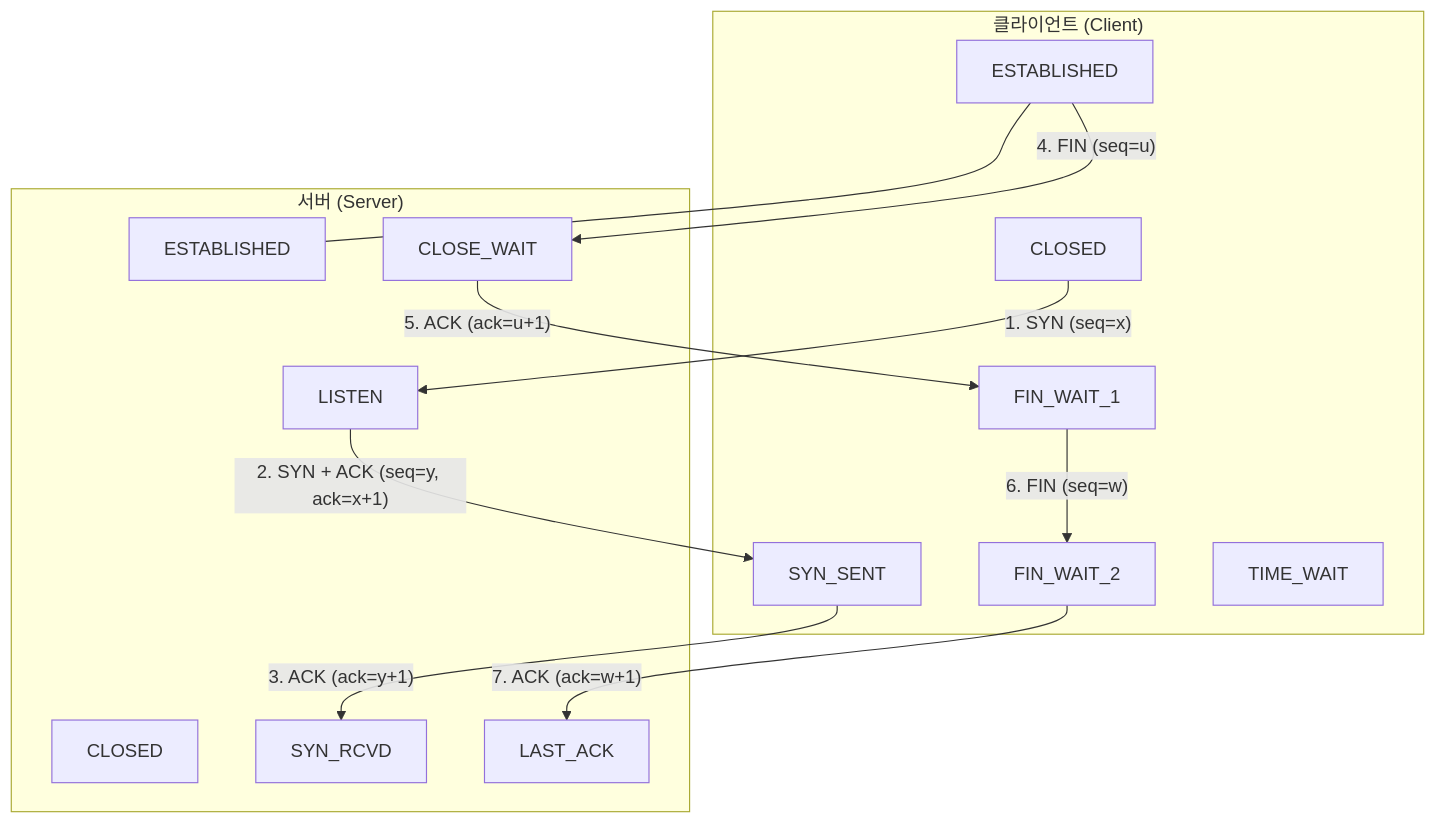
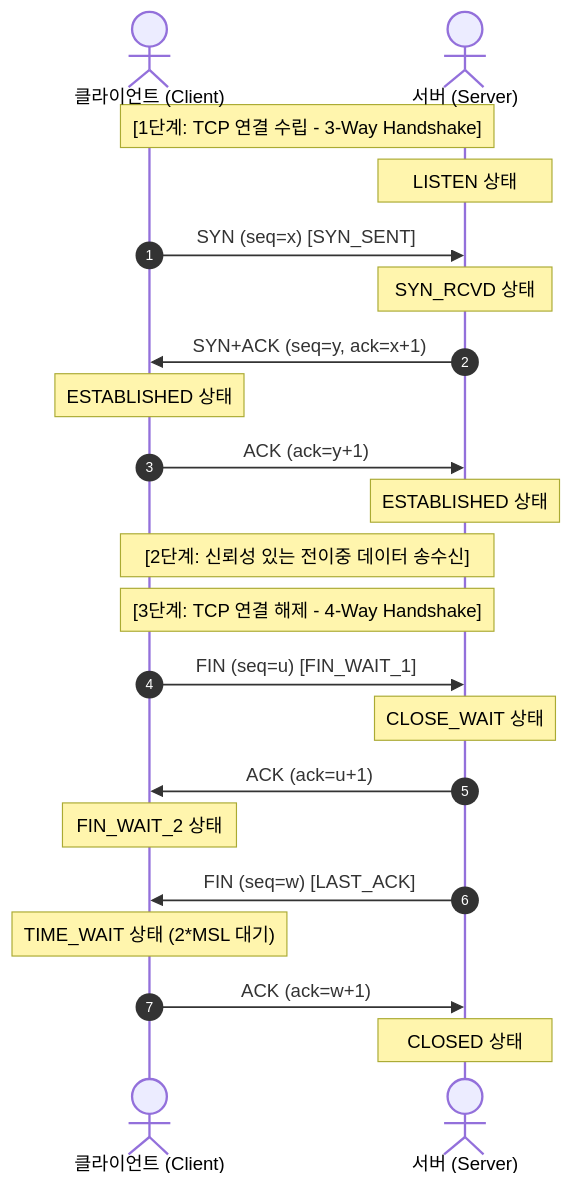
Before and after one commit to supremethumb/supremethumb.github.io: the diagram in content/01_IT Tech/TCP 연결의 설정 및 해제.md, drawn with Mermaid. The commit also changed other lines of this file and 362 other files, not shown here.

````diff
--- a/content/01_IT Tech/TCP 연결의 설정 및 해제.md
+++ b/content/01_IT Tech/TCP 연결의 설정 및 해제.md
@@ -23,33 +32,27 @@
 ```mermaid
-flowchart TB
-    subgraph Client["클라이언트 (Client)"]
-        C_CLOSED["CLOSED"]
-        C_SYN["SYN_SENT"]
-        C_EST["ESTABLISHED"]
-        C_FIN1["FIN_WAIT_1"]
-        C_FIN2["FIN_WAIT_2"]
-        C_TIME["TIME_WAIT"]
-    end
+sequenceDiagram
+    autonumber
+    actor Client as 클라이언트 (Client)
+    actor Server as 서버 (Server)
 
-    subgraph Server["서버 (Server)"]
-        S_CLOSED["CLOSED"]
-        S_LISTEN["LISTEN"]
-        S_RCVD["SYN_RCVD"]
-        S_EST["ESTABLISHED"]
-        S_WAIT["CLOSE_WAIT"]
-        S_LAST["LAST_ACK"]
-    end
+    Note over Client,Server: [1단계: TCP 연결 수립 - 3-Way Handshake]
+    Note over Server: LISTEN 상태
+    Client->>Server: SYN (seq=x) [SYN_SENT]
+    Note over Server: SYN_RCVD 상태
+    Server->>Client: SYN+ACK (seq=y, ack=x+1)
+    Note over Client: ESTABLISHED 상태
+    Client->>Server: ACK (ack=y+1)
+    Note over Server: ESTABLISHED 상태
 
-    C_CLOSED -->|"1. SYN (seq=x)"| S_LISTEN
-    S_LISTEN -->|"2. SYN + ACK (seq=y, ack=x+1)"| C_SYN
-    C_SYN -->|"3. ACK (ack=y+1)"| S_RCVD
-    
-    C_EST --- S_EST
+    Note over Client,Server: [2단계: 신뢰성 있는 전이중 데이터 송수신]
 
-    C_EST -->|"4. FIN (seq=u)"| S_WAIT
-    S_WAIT -->|"5. ACK (ack=u+1)"| C_FIN1
-    C_FIN1 -->|"6. FIN (seq=w)"| C_FIN2
-    C_FIN2 -->|"7. ACK (ack=w+1)"| S_LAST
-
-
+    Note over Client,Server: [3단계: TCP 연결 해제 - 4-Way Handshake]
+    Client->>Server: FIN (seq=u) [FIN_WAIT_1]
+    Note over Server: CLOSE_WAIT 상태
+    Server->>Client: ACK (ack=u+1)
+    Note over Client: FIN_WAIT_2 상태
+    Server->>Client: FIN (seq=w) [LAST_ACK]
+    Note over Client: TIME_WAIT 상태 (2*MSL 대기)
+    Client->>Server: ACK (ack=w+1)
+    Note over Server: CLOSED 상태
 ```
````
